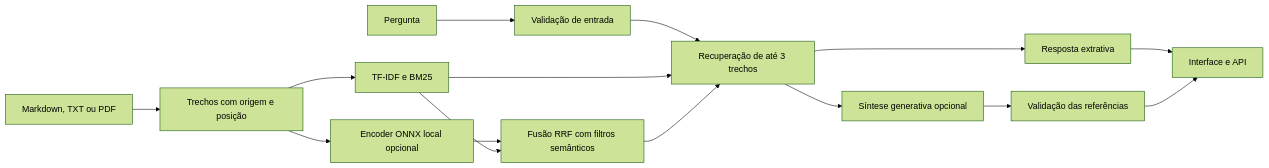
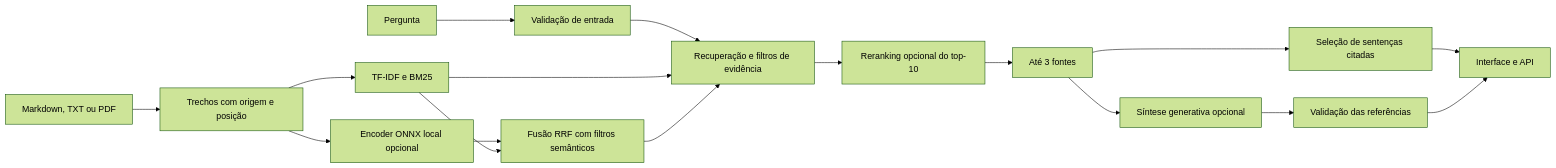
One commit to GustavoCurio/docora changed the diagram in docs/ARQUITETURA.md. Above: the diagram before and after it, drawn with Mermaid (forest theme). The commit also changed other lines of this file and 3 other files, not shown here.

Commit message:
docs: registra comparação real e decisão de manter reranking opcional

````diff
--- a/docs/ARQUITETURA.md
+++ b/docs/ARQUITETURA.md
@@ -3,17 +3,19 @@
 ```mermaid
 flowchart LR
     DOC[Markdown, TXT ou PDF] --> CHUNK[Trechos com origem e posição]
     CHUNK --> IDX[TF-IDF e BM25]
     CHUNK --> VEC[Encoder ONNX local opcional]
     VEC --> RRF[Fusão RRF com filtros semânticos]
     IDX --> RRF
     Q[Pergunta] --> G[Validação de entrada]
-    G --> RET[Recuperação de até 3 trechos]
+    G --> RET[Recuperação e filtros de evidência]
     IDX --> RET
     RRF --> RET
-    RET --> LOCAL[Resposta extrativa]
-    RET --> LLM[Síntese generativa opcional]
+    RET --> RANK[Reranking opcional do top-10]
+    RANK --> TOP[Até 3 fontes]
+    TOP --> LOCAL[Seleção de sentenças citadas]
+    TOP --> LLM[Síntese generativa opcional]
     LLM --> VALID[Validação das referências]
     LOCAL --> UI[Interface e API]
     VALID --> UI
 ```
````
